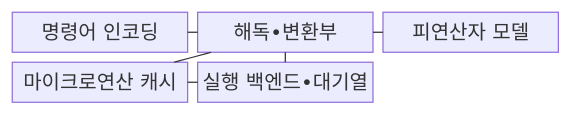
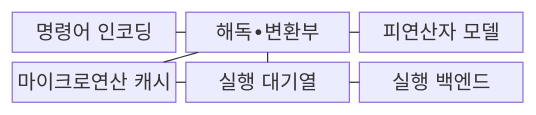
One commit to agnusdei1207/knowledge-base changed the first of 2 diagrams in src/content/docs/notes/02-hardware/003_risc_vs_cisc.md. Above: the diagram before and after it, drawn with Mermaid. The commit also changed other lines of this file and 20 other files, not shown here.

````diff
--- a/src/content/docs/notes/02-hardware/003_risc_vs_cisc.md
+++ b/src/content/docs/notes/02-hardware/003_risc_vs_cisc.md
@@ -73,9 +73,10 @@
 ```mermaid
 block-beta
     columns 3
     E["명령어 인코딩"] --- D["해독•변환부"]
     O["피연산자 모델"] --- D
     D --- U["마이크로연산 캐시"]
-    D --- X["실행 백엔드•대기열"]
-    U --- X
+    D --- Q["실행 대기열"]
+    Q --- X["실행 백엔드"]
+    U --- Q
 ```
````
